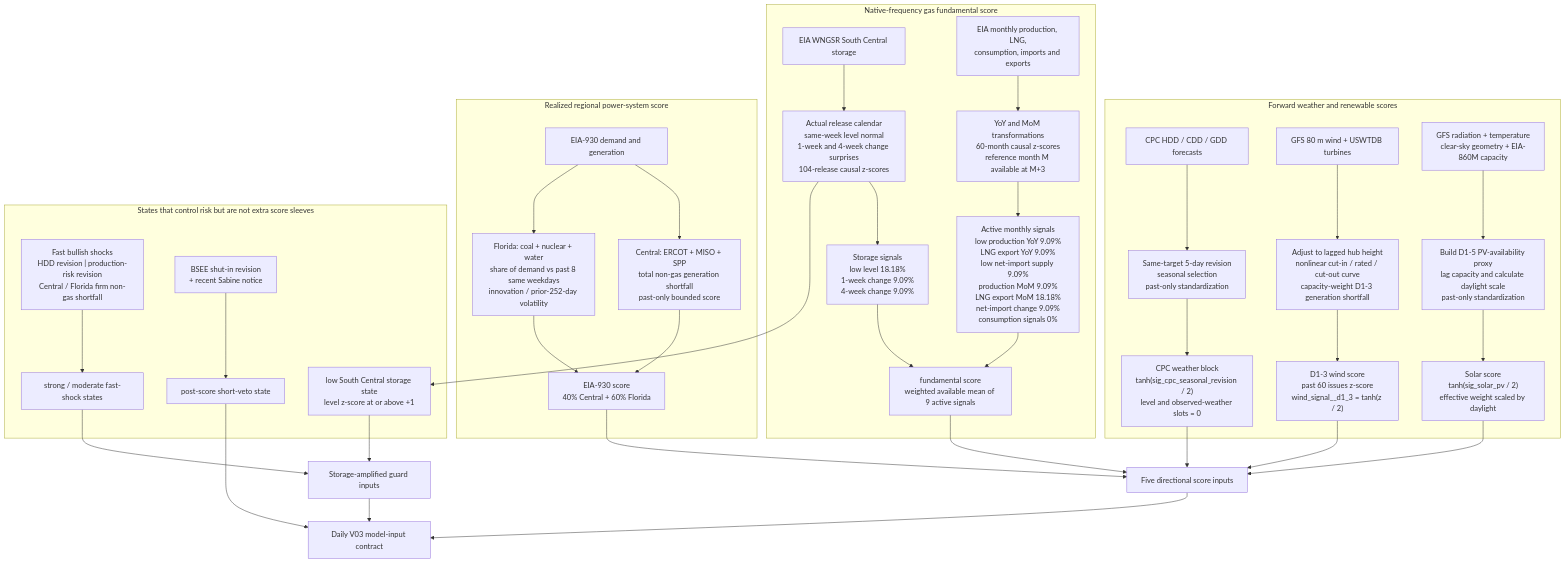
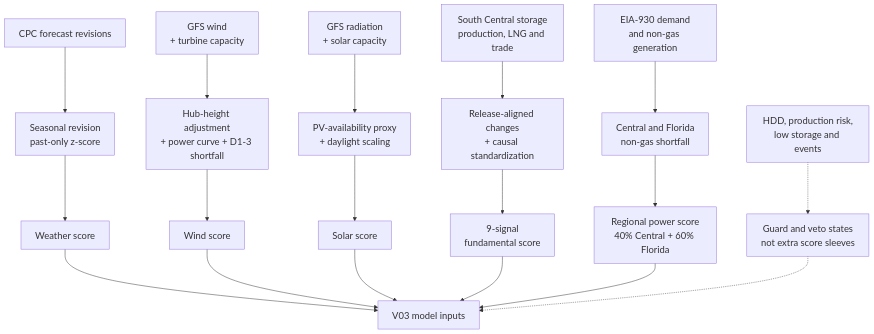
One commit to Shuhan-yang-math/henry-hub-natural-gas changed the second of 3 diagrams in README.md. Above: the diagram before and after it, drawn with Mermaid. The commit also changed other lines of this file, not shown here.

Commit message:
docs: simplify and enlarge strategy flow diagrams

````diff
--- a/README.md
+++ b/README.md
@@ -250,48 +232,22 @@
 ```mermaid
+%%{init: {"flowchart": {"nodeSpacing": 65, "rankSpacing": 80}, "themeVariables": {"fontSize": "20px"}}}%%
 flowchart TB
-    subgraph FORECASTS["Forward weather and renewable scores"]
-        CPC_RAW["CPC HDD / CDD / GDD forecasts"] --> CPC_TX["Same-target 5-day revision<br/>seasonal selection<br/>past-only standardization"]
-        CPC_TX --> CPC_SCORE["CPC weather block<br/>tanh(sig_cpc_seasonal_revision / 2)<br/>level and observed-weather slots = 0"]
+    CPC["CPC forecast revisions"] --> CPC_TX["Seasonal revision<br/>past-only z-score"] --> CPC_SCORE["Weather score"]
 
-        WIND_RAW["GFS 80 m wind + USWTDB turbines"] --> WIND_TX["Adjust to lagged hub height<br/>nonlinear cut-in / rated / cut-out curve<br/>capacity-weight D1-3 generation shortfall"]
-        WIND_TX --> WIND_SCORE["D1-3 wind score<br/>past 60 issues z-score<br/>wind_signal__d1_3 = tanh(z / 2)"]
+    WIND["GFS wind<br/>+ turbine capacity"] --> WIND_TX["Hub-height adjustment<br/>+ power curve + D1-3 shortfall"] --> WIND_SCORE["Wind score"]
 
-        SOLAR_RAW["GFS radiation + temperature<br/>clear-sky geometry + EIA-860M capacity"] --> SOLAR_TX["Build D1-5 PV-availability proxy<br/>lag capacity and calculate daylight scale<br/>past-only standardization"]
-        SOLAR_TX --> SOLAR_SCORE["Solar score<br/>tanh(sig_solar_pv / 2)<br/>effective weight scaled by daylight"]
-    end
+    SOLAR["GFS radiation<br/>+ solar capacity"] --> SOLAR_TX["PV-availability proxy<br/>+ daylight scaling"] --> SOLAR_SCORE["Solar score"]
 
-    subgraph FUNDAMENTALS["Native-frequency gas fundamental score"]
-        STORAGE_RAW["EIA WNGSR South Central storage"] --> STORAGE_TX["Actual release calendar<br/>same-week level normal<br/>1-week and 4-week change surprises<br/>104-release causal z-scores"]
-        STORAGE_TX --> STORAGE_SCORES["Storage signals<br/>low level 18.18%<br/>1-week change 9.09%<br/>4-week change 9.09%"]
+    GAS["South Central storage<br/>production, LNG and trade"] --> GAS_TX["Release-aligned changes<br/>+ causal standardization"] --> FUND_SCORE["9-signal<br/>fundamental score"]
 
-        MONTHLY_RAW["EIA monthly production, LNG,<br/>consumption, imports and exports"] --> MONTHLY_TX["YoY and MoM transformations<br/>60-month causal z-scores<br/>reference month M available at M+3"]
-        MONTHLY_TX --> MONTHLY_SCORES["Active monthly signals<br/>low production YoY 9.09%<br/>LNG export YoY 9.09%<br/>low net-import supply 9.09%<br/>production MoM 9.09%<br/>LNG export MoM 18.18%<br/>net-import change 9.09%<br/>consumption signals 0%"]
+    EIA930["EIA-930 demand<br/>and non-gas generation"] --> POWER_TX["Central and Florida<br/>non-gas shortfall"] --> POWER_SCORE["Regional power score<br/>40% Central + 60% Florida"]
 
-        STORAGE_SCORES --> FUND_SCORE["fundamental score<br/>weighted available mean of 9 active signals"]
-        MONTHLY_SCORES --> FUND_SCORE
-    end
+    CONTROLS["HDD, production risk,<br/>low storage and events"] -.-> RISK["Guard and veto states<br/>not extra score sleeves"]
 
-    subgraph POWER["Realized regional power-system score"]
-        EIA930["EIA-930 demand and generation"] --> CENTRAL["Central: ERCOT + MISO + SPP<br/>total non-gas generation shortfall<br/>past-only bounded score"]
-        EIA930 --> FLORIDA["Florida: coal + nuclear + water<br/>share of demand vs past 8 same weekdays<br/>innovation / prior-252-day volatility"]
-        CENTRAL --> POWER_SCORE["EIA-930 score<br/>40% Central + 60% Florida"]
-        FLORIDA --> POWER_SCORE
-    end
-
-    subgraph CONTROLS["States that control risk but are not extra score sleeves"]
-        FAST["Fast bullish shocks<br/>HDD revision | production-risk revision<br/>Central / Florida firm non-gas shortfall"] --> GUARD_STATE["strong / moderate fast-shock states"]
-        STORAGE_TX --> LOW_STORAGE["low South Central storage state<br/>level z-score at or above +1"]
-        EVENTS["BSEE shut-in revision<br/>+ recent Sabine notice"] --> EVENT_STATE["post-score short-veto state"]
-    end
-
-    CPC_SCORE --> SCORE_CONTRACT["Five directional score inputs"]
-    WIND_SCORE --> SCORE_CONTRACT
-    SOLAR_SCORE --> SCORE_CONTRACT
-    FUND_SCORE --> SCORE_CONTRACT
-    POWER_SCORE --> SCORE_CONTRACT
-    GUARD_STATE --> GUARD_INPUTS["Storage-amplified guard inputs"]
-    LOW_STORAGE --> GUARD_INPUTS
-    SCORE_CONTRACT --> MODEL_INPUTS["Daily V03 model-input contract"]
-    GUARD_INPUTS --> MODEL_INPUTS
-    EVENT_STATE --> MODEL_INPUTS
+    CPC_SCORE --> MODEL_INPUTS["V03 model inputs"]
+    WIND_SCORE --> MODEL_INPUTS
+    SOLAR_SCORE --> MODEL_INPUTS
+    FUND_SCORE --> MODEL_INPUTS
+    POWER_SCORE --> MODEL_INPUTS
+    RISK -.-> MODEL_INPUTS
 ```
````
